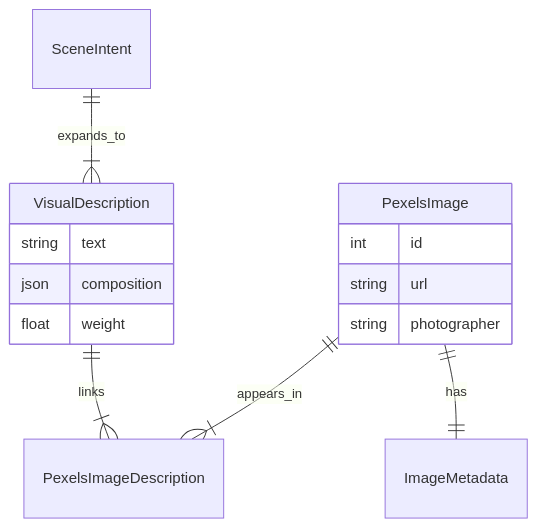
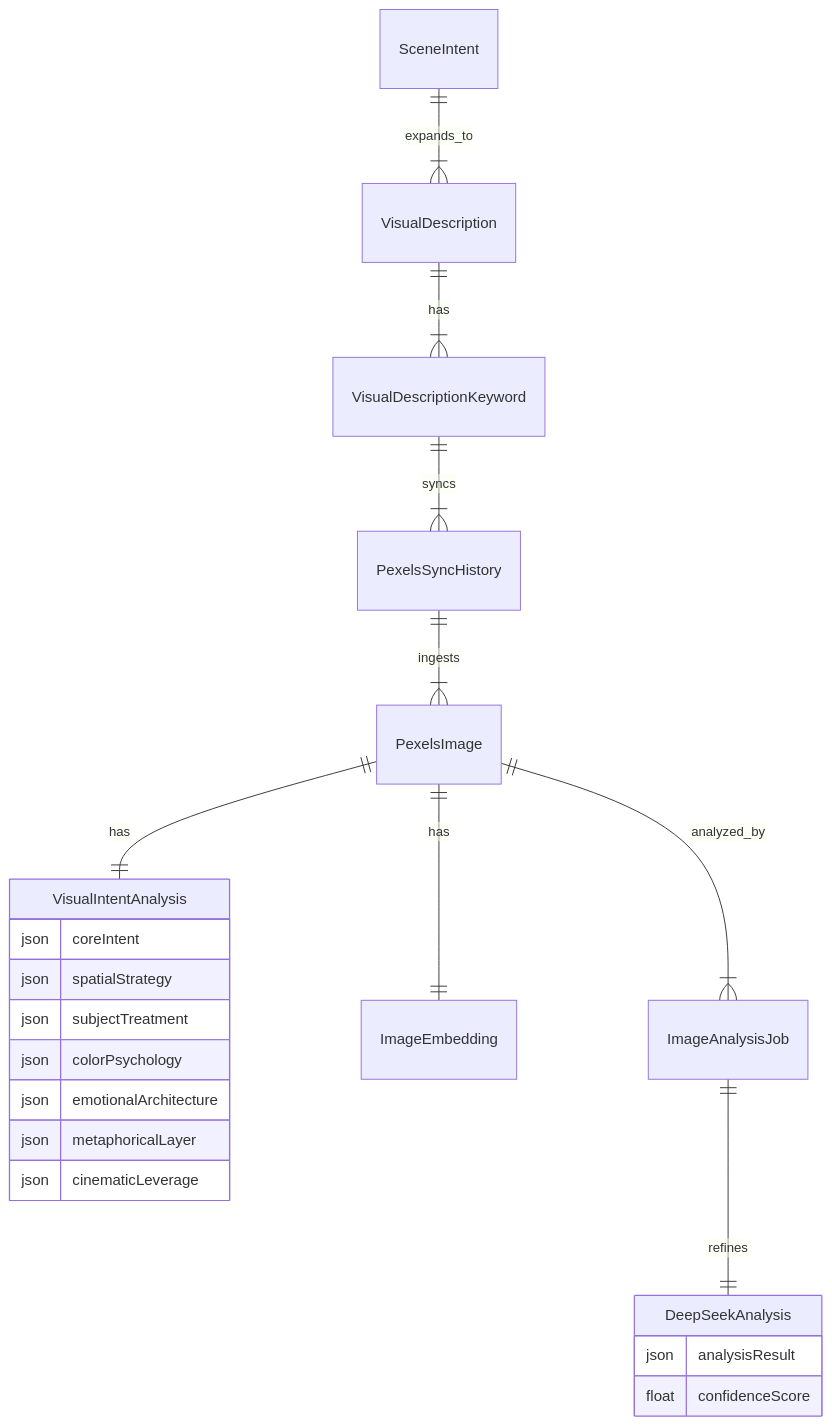
Before and after one commit to virachai/vision-iq: the fourth of 4 diagrams in docs/date_20260214/flow.md, drawn with Mermaid. The commit also changed other lines of this file and 8 other files, not shown here.

Commit message:
🎞️ New Feature: Visual Intent Analysis

````diff
--- a/docs/date_20260214/flow.md
+++ b/docs/date_20260214/flow.md
@@ -84,17 +86,25 @@
 ```mermaid
 erDiagram
+    PexelsImage ||--|| VisualIntentAnalysis : has
+    PexelsImage ||--|| ImageEmbedding : has
+    PexelsImage ||--|{ ImageAnalysisJob : analyzed_by
+    ImageAnalysisJob ||--|| DeepSeekAnalysis : refines
     SceneIntent ||--|{ VisualDescription : expands_to
-    VisualDescription ||--|{ PexelsImageDescription : links
-    PexelsImage ||--|{ PexelsImageDescription : appears_in
-    PexelsImage ||--|| ImageMetadata : has
-    VisualDescription {
-        string text
-        json composition
-        float weight
+    VisualDescription ||--|{ VisualDescriptionKeyword : has
+    VisualDescriptionKeyword ||--|{ PexelsSyncHistory : syncs
+    PexelsSyncHistory ||--|{ PexelsImage : ingests
+
+    VisualIntentAnalysis {
+        json coreIntent
+        json spatialStrategy
+        json subjectTreatment
+        json colorPsychology
+        json emotionalArchitecture
+        json metaphoricalLayer
+        json cinematicLeverage
     }
-    PexelsImage {
-        int id
-        string url
-        string photographer
+    DeepSeekAnalysis {
+        json analysisResult
+        float confidenceScore
     }
 ```
````
